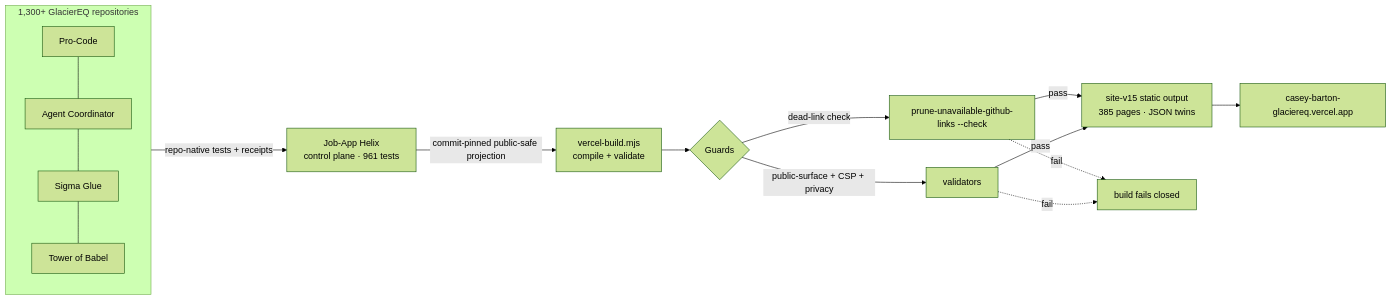
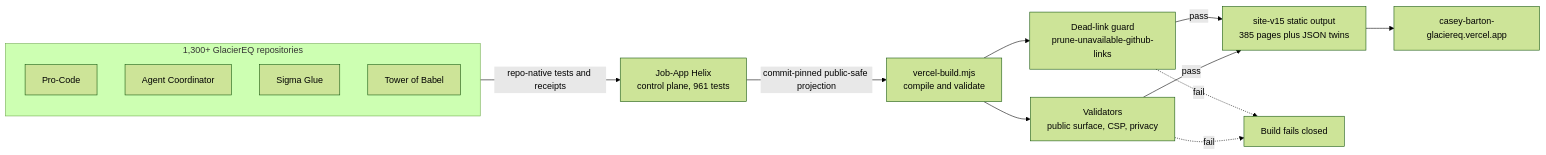
The diagram in README.md (GlacierEQ/job-application), drawn with Mermaid (forest theme) before and after one commit.

Commit message:
README: simplify mermaid diagram so GitHub renders it

````diff
--- a/README.md
+++ b/README.md
@@ -23,14 +23,18 @@
 ```mermaid
 flowchart LR
-  subgraph Estate["1,300+ GlacierEQ repositories"]
-    R1[Pro-Code] --- R2[Agent Coordinator] --- R3[Sigma Glue] --- R4[Tower of Babel]
+  subgraph EST["1,300+ GlacierEQ repositories"]
+    R1["Pro-Code"]
+    R2["Agent Coordinator"]
+    R3["Sigma Glue"]
+    R4["Tower of Babel"]
   end
-  Estate -->|repo-native tests + receipts| H[Job-App Helix<br/>control plane · 961 tests]
-  H -->|commit-pinned public-safe projection| B[vercel-build.mjs<br/>compile + validate]
-  B --> G{Guards}
-  G -->|dead-link check| G1[prune-unavailable-github-links --check]
-  G -->|public-surface + CSP + privacy| G2[validators]
-  G1 & G2 -->|pass| S[site-v15 static output<br/>385 pages · JSON twins]
-  G1 & G2 -.->|fail| X[build fails closed]
-  S --> V[casey-barton-glaciereq.vercel.app]
+  EST -->|repo-native tests and receipts| H["Job-App Helix<br/>control plane, 961 tests"]
+  H -->|commit-pinned public-safe projection| B["vercel-build.mjs<br/>compile and validate"]
+  B --> G1["Dead-link guard<br/>prune-unavailable-github-links"]
+  B --> G2["Validators<br/>public surface, CSP, privacy"]
+  G1 -->|pass| S["site-v15 static output<br/>385 pages plus JSON twins"]
+  G2 -->|pass| S
+  G1 -.->|fail| X["Build fails closed"]
+  G2 -.->|fail| X
+  S --> V["casey-barton-glaciereq.vercel.app"]
 ```
````
